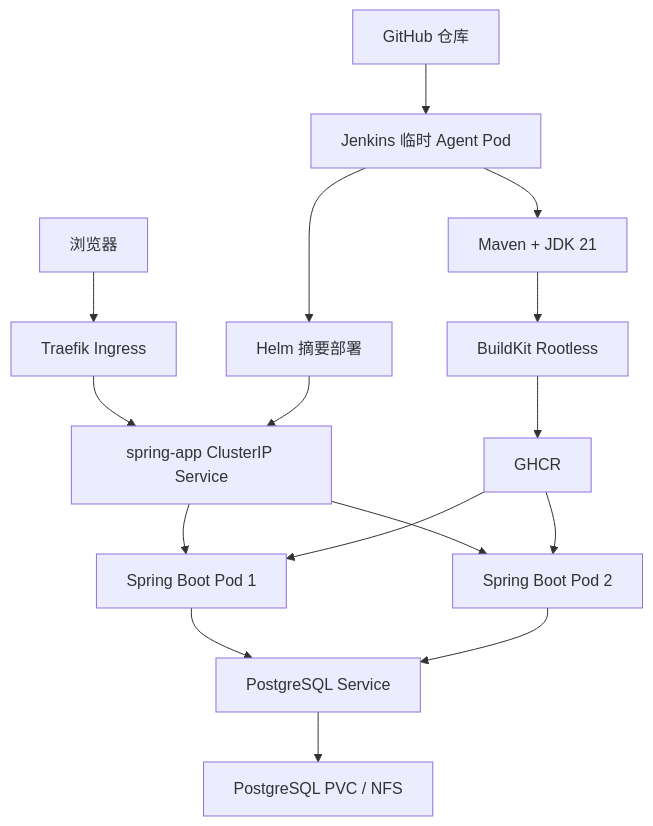
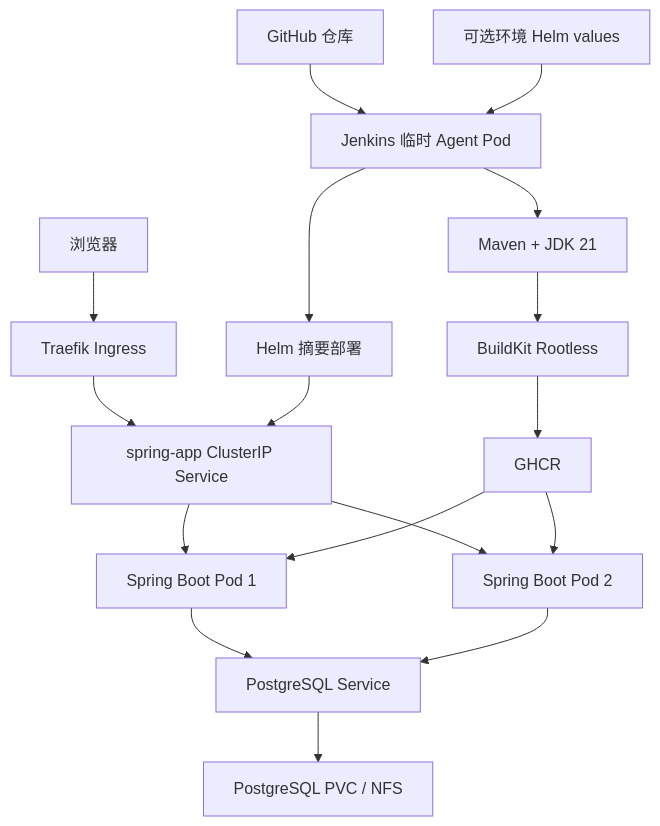
Before and after one commit to little873/K8S-Deploying-Java: the diagram in README.md, drawn with Mermaid. The commit also changed other lines of this file and 7 other files, not shown here.

Commit message:
Support optional Helm environment values

````diff
--- a/README.md
+++ b/README.md
@@ -70,19 +70,20 @@
 ```mermaid
 flowchart TD
     Browser["浏览器"] --> Traefik["Traefik Ingress"]
     Traefik --> Service["spring-app ClusterIP Service"]
     Service --> Pod1["Spring Boot Pod 1"]
     Service --> Pod2["Spring Boot Pod 2"]
     Pod1 --> PostgreSQL["PostgreSQL Service"]
     Pod2 --> PostgreSQL
     PostgreSQL --> PVC["PostgreSQL PVC / NFS"]
 
     GitHub["GitHub 仓库"] --> Jenkins["Jenkins 临时 Agent Pod"]
+    Overrides["可选环境 Helm values"] --> Jenkins
     Jenkins --> Maven["Maven + JDK 21"]
     Maven --> BuildKit["BuildKit Rootless"]
     BuildKit --> GHCR["GHCR"]
     Jenkins --> Helm["Helm 摘要部署"]
     GHCR --> Pod1
     GHCR --> Pod2
     Helm --> Service
 ```
````
